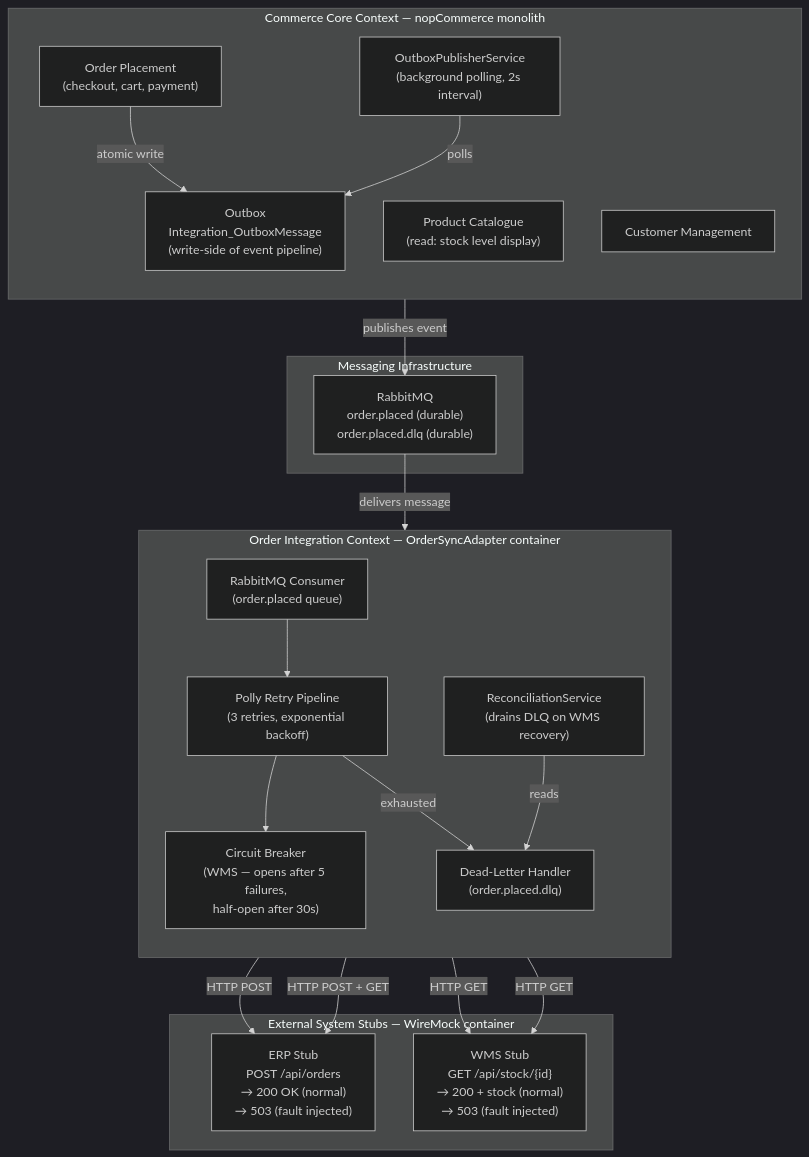
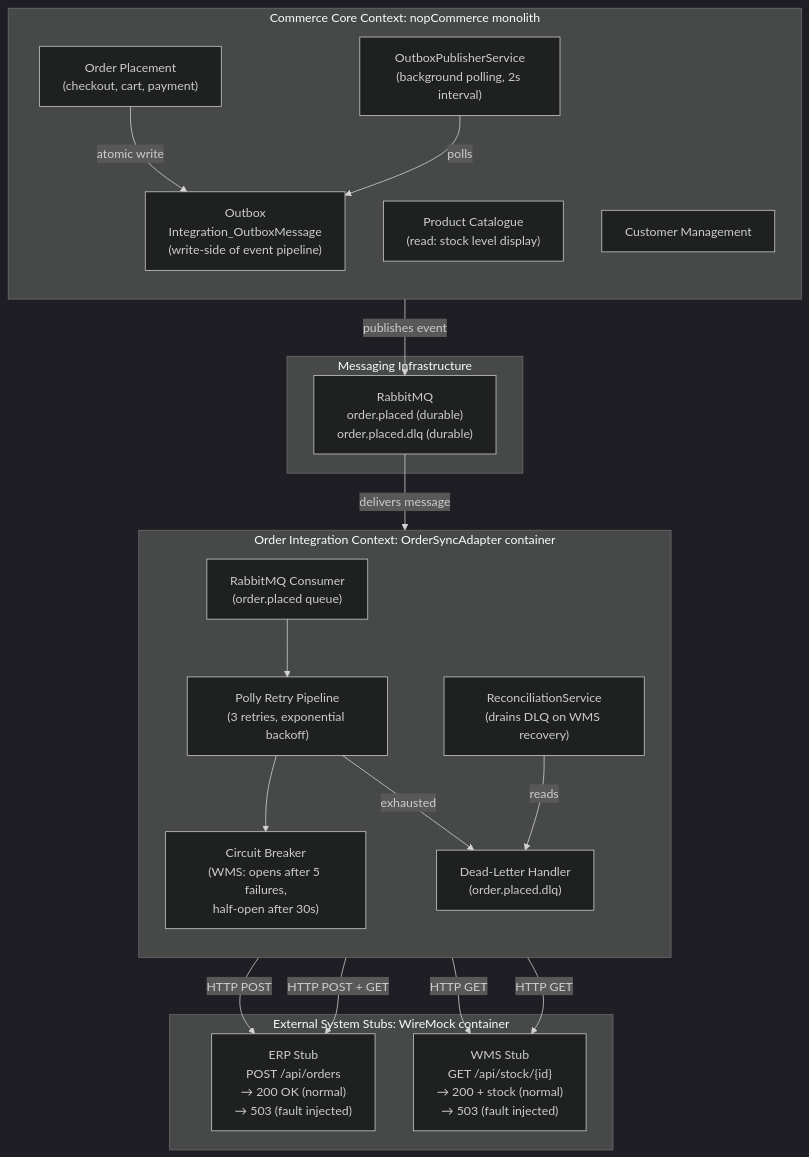
Before and after one commit to Assignment2-AS/nopCommerce-Omnichannel-Core: the diagram in docs/bounded-context-view.md, drawn with Mermaid (dark theme). The commit also changed other lines of this file and 2 other files, not shown here.

Commit message:
docs: add Bounded Context View PNG and embed in bounded-context-view.md

````diff
--- a/docs/bounded-context-view.md
+++ b/docs/bounded-context-view.md
@@ -12,42 +12,42 @@
 ```mermaid
 graph TB
-    subgraph CC["Commerce Core Context — nopCommerce monolith"]
+    subgraph CC["Commerce Core Context: nopCommerce monolith"]
         direction TB
         OP["Order Placement\n(checkout, cart, payment)"]
         CAT["Product Catalogue\n(read: stock level display)"]
         CUST["Customer Management"]
         OUT["Outbox\nIntegration_OutboxMessage\n(write-side of event pipeline)"]
         OUTPUB["OutboxPublisherService\n(background polling, 2s interval)"]
         OP -->|"atomic write"| OUT
         OUTPUB -->|"polls"| OUT
     end
 
-    subgraph OI["Order Integration Context — OrderSyncAdapter container"]
+    subgraph OI["Order Integration Context: OrderSyncAdapter container"]
         direction TB
         CONS["RabbitMQ Consumer\n(order.placed queue)"]
         POLLY["Polly Retry Pipeline\n(3 retries, exponential backoff)"]
-        CB["Circuit Breaker\n(WMS — opens after 5 failures,\nhalf-open after 30s)"]
+        CB["Circuit Breaker\n(WMS: opens after 5 failures,\nhalf-open after 30s)"]
         RECON["ReconciliationService\n(drains DLQ on WMS recovery)"]
         DLH["Dead-Letter Handler\n(order.placed.dlq)"]
         CONS --> POLLY
         POLLY --> CB
         POLLY -->|"exhausted"| DLH
         RECON -->|"reads"| DLH
     end
 
     subgraph MSG["Messaging Infrastructure"]
         QUEUE["RabbitMQ\norder.placed (durable)\norder.placed.dlq (durable)"]
     end
 
-    subgraph EXT["External System Stubs — WireMock container"]
+    subgraph EXT["External System Stubs: WireMock container"]
         ERP["ERP Stub\nPOST /api/orders\n→ 200 OK (normal)\n→ 503 (fault injected)"]
         WMS["WMS Stub\nGET /api/stock/{id}\n→ 200 + stock (normal)\n→ 503 (fault injected)"]
     end
 
     OUTPUB -->|"publishes event"| QUEUE
     QUEUE -->|"delivers message"| CONS
     POLLY -->|"HTTP POST"| ERP
     CB -->|"HTTP GET"| WMS
     RECON -->|"HTTP POST + GET"| ERP
     RECON -->|"HTTP GET"| WMS
 ```
````
